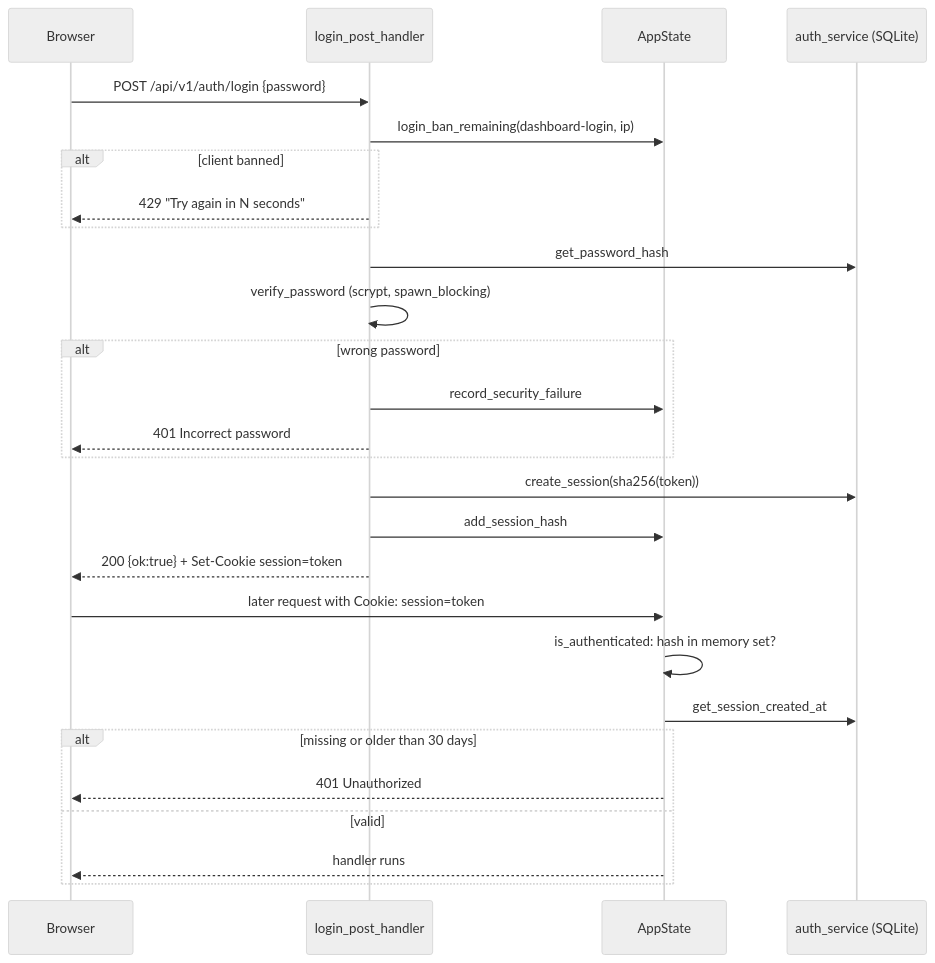
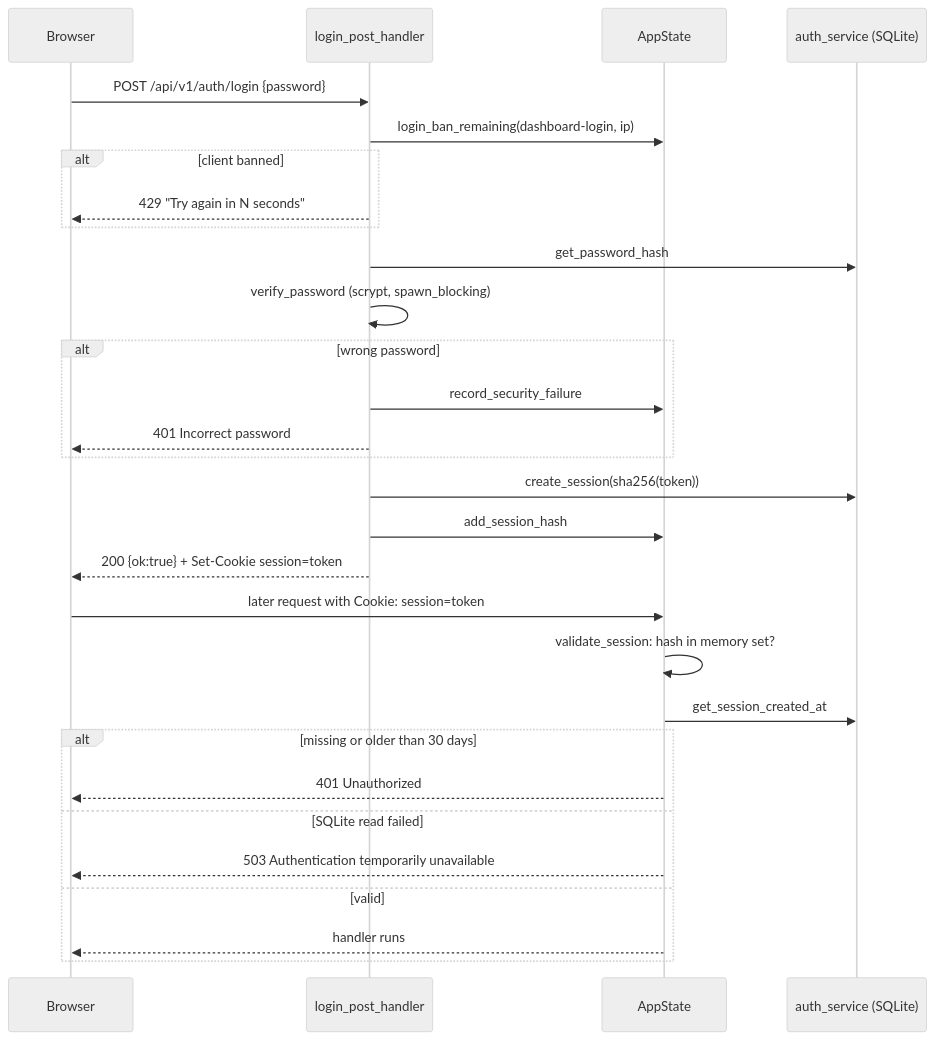
One commit to krsna1729/restream changed the second of 3 diagrams in docs/api-reference.md. Above: the diagram before and after it, drawn with Mermaid (neutral theme). The commit also changed other lines of this file and 56 other files, not shown here.

````diff
--- a/docs/api-reference.md
+++ b/docs/api-reference.md
@@ -137,29 +139,31 @@
 ```mermaid
 sequenceDiagram
     participant B as Browser
     participant L as login_post_handler
     participant S as AppState
     participant DB as auth_service (SQLite)
     B->>L: POST /api/v1/auth/login {password}
     L->>S: login_ban_remaining(dashboard-login, ip)
     alt client banned
         L-->>B: 429 "Try again in N seconds"
     end
     L->>DB: get_password_hash
     L->>L: verify_password (scrypt, spawn_blocking)
     alt wrong password
         L->>S: record_security_failure
         L-->>B: 401 Incorrect password
     end
     L->>DB: create_session(sha256(token))
     L->>S: add_session_hash
     L-->>B: 200 {ok:true} + Set-Cookie session=token
     B->>S: later request with Cookie: session=token
-    S->>S: is_authenticated: hash in memory set?
+    S->>S: validate_session: hash in memory set?
     S->>DB: get_session_created_at
     alt missing or older than 30 days
         S-->>B: 401 Unauthorized
+    else SQLite read failed
+        S-->>B: 503 Authentication temporarily unavailable
     else valid
         S-->>B: handler runs
     end
 ```
````
